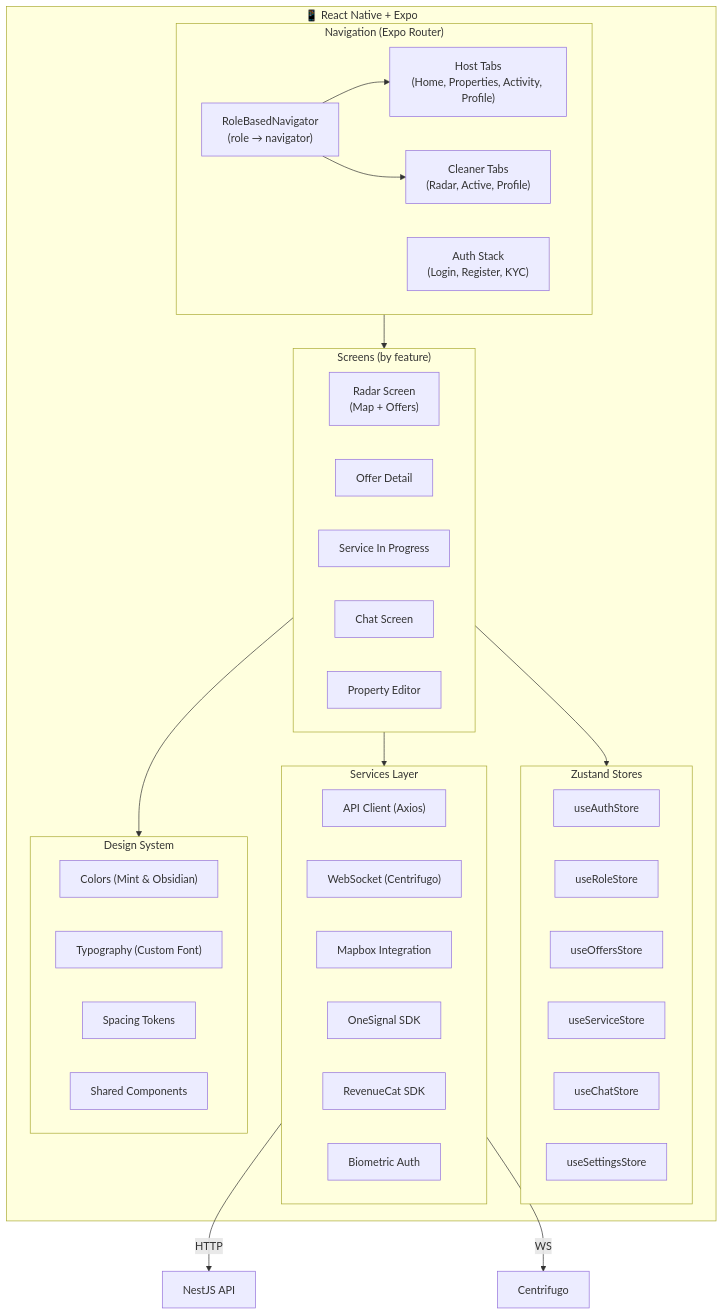
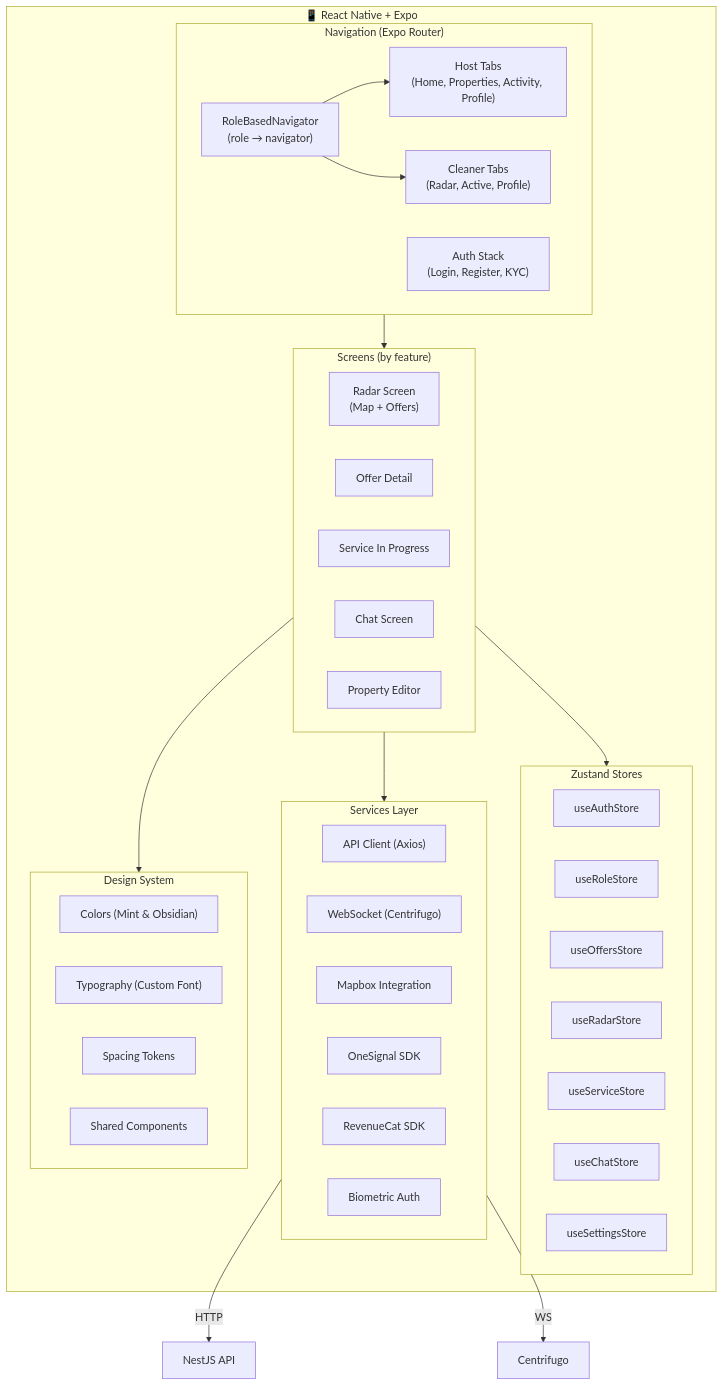
One commit to Sebastiandg007/bidclean changed the second of 6 diagrams in docs/ARCHITECTURE.md. Above: the diagram before and after it, drawn with Mermaid. The commit also changed other lines of this file and 6 other files, not shown here.

````diff
--- a/docs/ARCHITECTURE.md
+++ b/docs/ARCHITECTURE.md
@@ -96,53 +96,54 @@
 ```mermaid
 graph TB
     subgraph App["📱 React Native + Expo"]
         subgraph Navigation["Navigation (Expo Router)"]
             RoleRouter["RoleBasedNavigator<br/>(role → navigator)"]
             AuthStack["Auth Stack<br/>(Login, Register, KYC)"]
             HostTabs["Host Tabs<br/>(Home, Properties, Activity, Profile)"]
             CleanerTabs["Cleaner Tabs<br/>(Radar, Active, Profile)"]
         end
 
         subgraph Screens["Screens (by feature)"]
             Radar["Radar Screen<br/>(Map + Offers)"]
             OfferDetail["Offer Detail"]
             Service["Service In Progress"]
             Chat["Chat Screen"]
             PropertyEdit["Property Editor"]
         end
 
         subgraph Stores["Zustand Stores"]
             AuthStore["useAuthStore"]
             RoleStore["useRoleStore"]
             OffersStore["useOffersStore"]
+            RadarStore["useRadarStore"]
             ServiceStore["useServiceStore"]
             ChatStore["useChatStore"]
             SettingsStore["useSettingsStore"]
         end
 
         subgraph Services["Services Layer"]
             APIService["API Client (Axios)"]
             SocketService["WebSocket (Centrifugo)"]
             MapService["Mapbox Integration"]
             NotifService["OneSignal SDK"]
             PurchaseService["RevenueCat SDK"]
             BiometricService["Biometric Auth"]
         end
 
         subgraph Theme["Design System"]
             Colors["Colors (Mint & Obsidian)"]
             Typography["Typography (Custom Font)"]
             Spacing["Spacing Tokens"]
             Components["Shared Components"]
         end
     end
 
     Navigation --> Screens
     RoleRouter --> HostTabs
     RoleRouter --> CleanerTabs
     Screens --> Stores
     Screens --> Services
     Screens --> Theme
     Services --> |"HTTP"| API["NestJS API"]
     Services --> |"WS"| WS["Centrifugo"]
 ```
````
